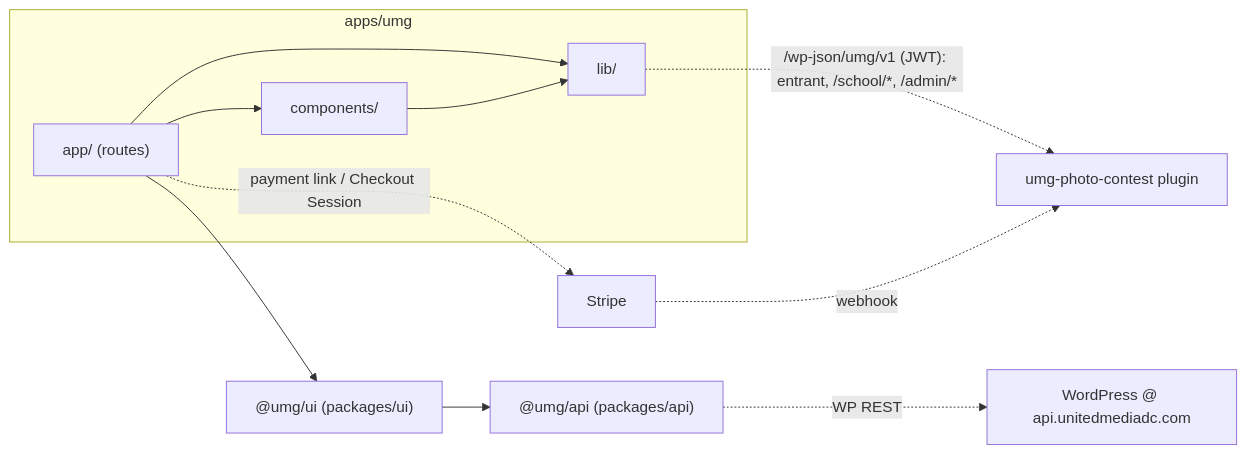
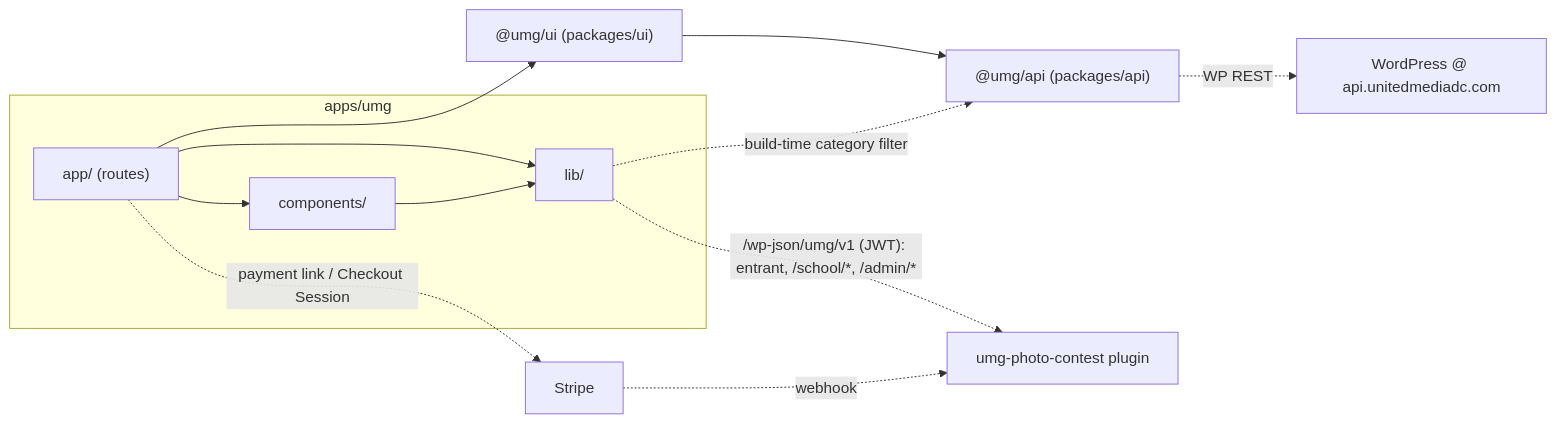
Before and after one commit to huuaho/umg-headless: the diagram in docs/codebase/apps/umg/README.md, drawn with Mermaid. The commit also changed other lines of this file and 21 other files, not shown here.

````diff
--- a/docs/codebase/apps/umg/README.md
+++ b/docs/codebase/apps/umg/README.md
@@ -20,14 +22,15 @@
 ```mermaid
 graph LR
   subgraph apps/umg
     appdir["app/ (routes)"] --> components["components/"]
     appdir --> lib["lib/"]
     components --> lib
   end
   appdir --> ui["@umg/ui (packages/ui)"]
   ui --> api["@umg/api (packages/api)"]
+  lib -. "build-time category filter" .-> api
   api -.WP REST.-> wp["WordPress @ api.unitedmediadc.com"]
   lib -. "/wp-json/umg/v1 (JWT): entrant, /school/*, /admin/*" .-> plugin["umg-photo-contest plugin"]
   appdir -.payment link / Checkout Session.-> stripe["Stripe"]
   stripe -.webhook.-> plugin
 ```
````
